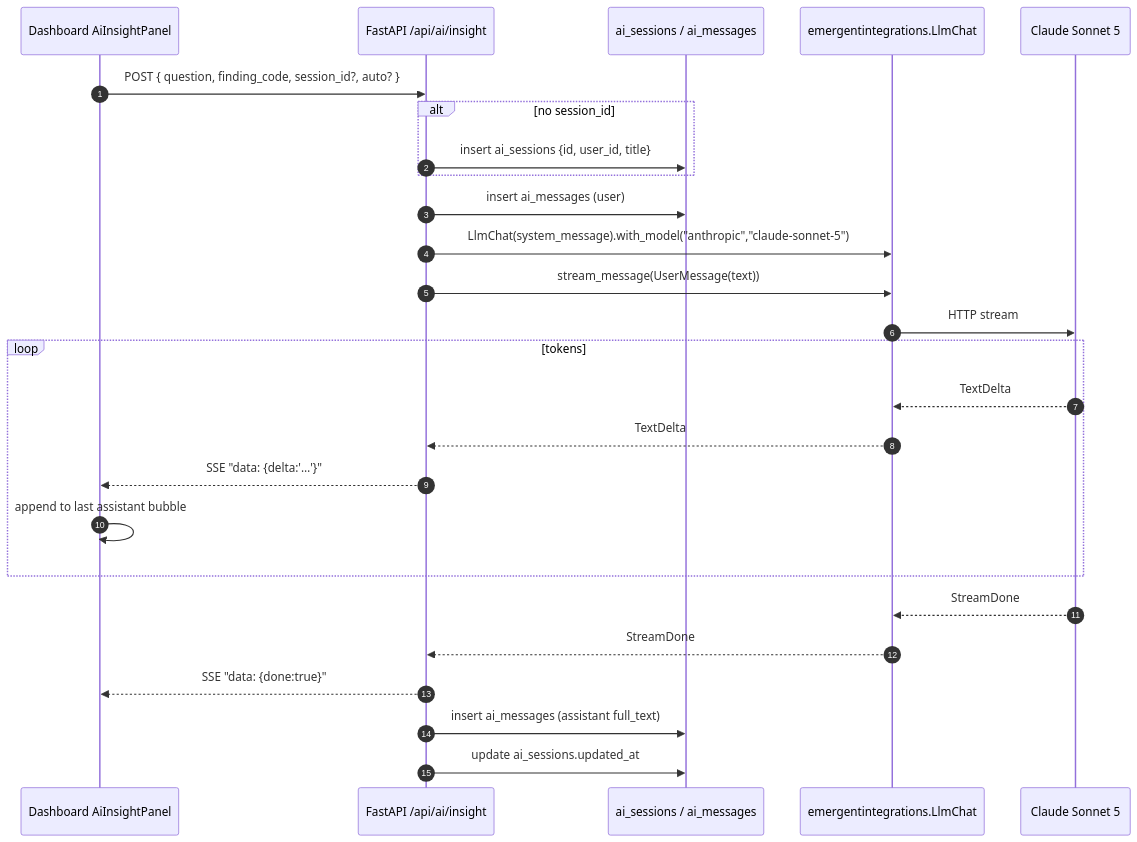
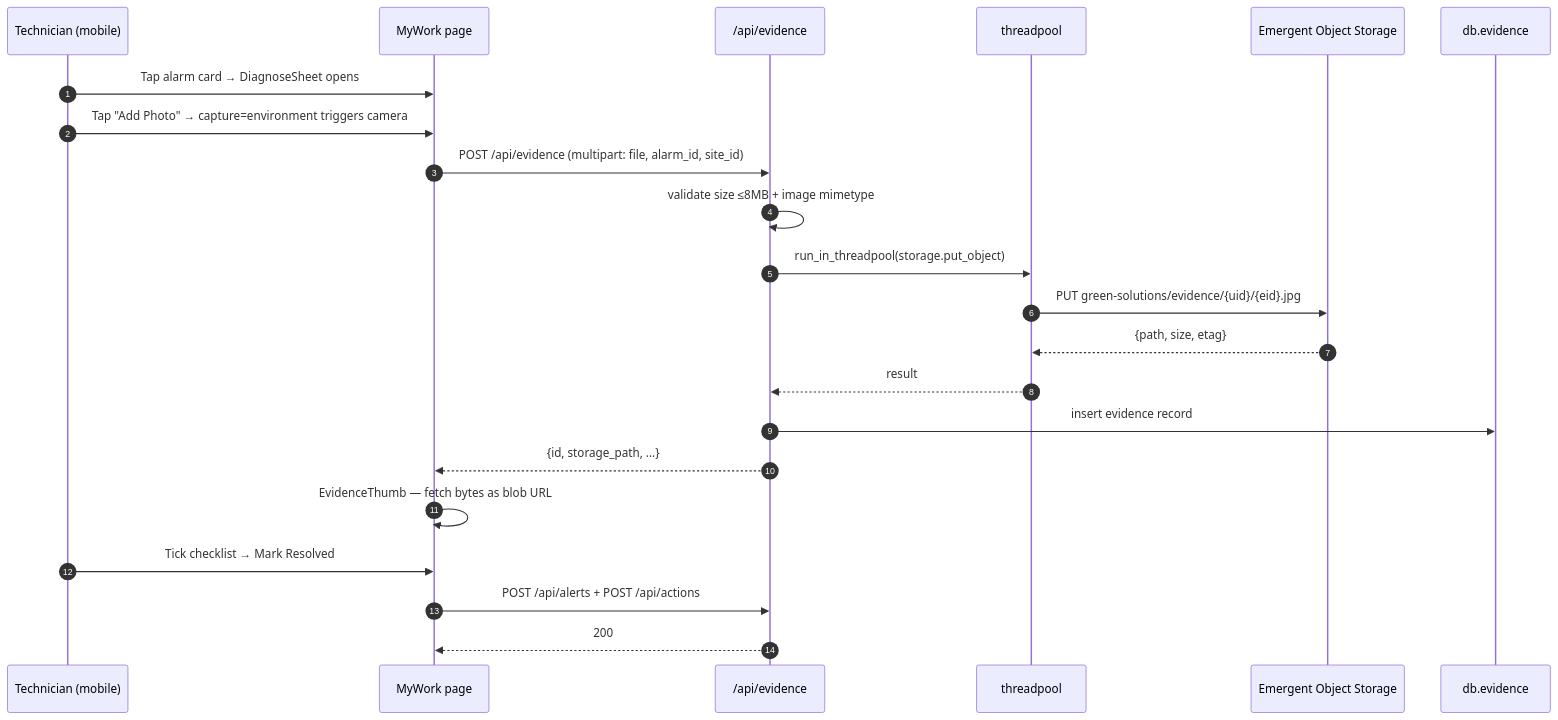
Before and after one commit to RCML2016/Green-Solutions_Week1: the eighth of 8 diagrams in memory/ARCHITECTURE.md, drawn with Mermaid. The commit also changed other lines of this file and 1 other file, not shown here.

Commit message:
Auto-generated changes

````diff
--- a/memory/ARCHITECTURE.md
+++ b/memory/ARCHITECTURE.md
@@ -489,29 +244,25 @@
 ```mermaid
 sequenceDiagram
-  autonumber
-  participant UI as Dashboard AiInsightPanel
-  participant BE as FastAPI /api/ai/insight
-  participant M as ai_sessions / ai_messages
-  participant EI as emergentintegrations.LlmChat
-  participant CL as Claude Sonnet 5
+    autonumber
+    participant Tech as Technician (mobile)
+    participant FE as MyWork page
+    participant BE as /api/evidence
+    participant TP as threadpool
+    participant OBJ as Emergent Object Storage
+    participant DB as db.evidence
 
-  UI->>BE: POST { question, finding_code, session_id?, auto? }
-  alt no session_id
-    BE->>M: insert ai_sessions {id, user_id, title}
-  end
-  BE->>M: insert ai_messages (user)
-  BE->>EI: LlmChat(system_message).with_model("anthropic","claude-sonnet-5")
-  BE->>EI: stream_message(UserMessage(text))
-  EI->>CL: HTTP stream
-  loop tokens
-    CL-->>EI: TextDelta
-    EI-->>BE: TextDelta
-    BE-->>UI: SSE "data: {delta:'…'}"
-    UI->>UI: append to last assistant bubble
-  end
-  CL-->>EI: StreamDone
-  EI-->>BE: StreamDone
-  BE-->>UI: SSE "data: {done:true}"
-  BE->>M: insert ai_messages (assistant full_text)
-  BE->>M: update ai_sessions.updated_at
+    Tech->>FE: Tap alarm card → DiagnoseSheet opens
+    Tech->>FE: Tap "Add Photo" → capture=environment triggers camera
+    FE->>BE: POST /api/evidence (multipart: file, alarm_id, site_id)
+    BE->>BE: validate size ≤8MB + image mimetype
+    BE->>TP: run_in_threadpool(storage.put_object)
+    TP->>OBJ: PUT green-solutions/evidence/{uid}/{eid}.jpg
+    OBJ-->>TP: {path, size, etag}
+    TP-->>BE: result
+    BE->>DB: insert evidence record
+    BE-->>FE: {id, storage_path, ...}
+    FE->>FE: EvidenceThumb — fetch bytes as blob URL
+    Tech->>FE: Tick checklist → Mark Resolved
+    FE->>BE: POST /api/alerts + POST /api/actions
+    BE-->>FE: 200
 ```
````
